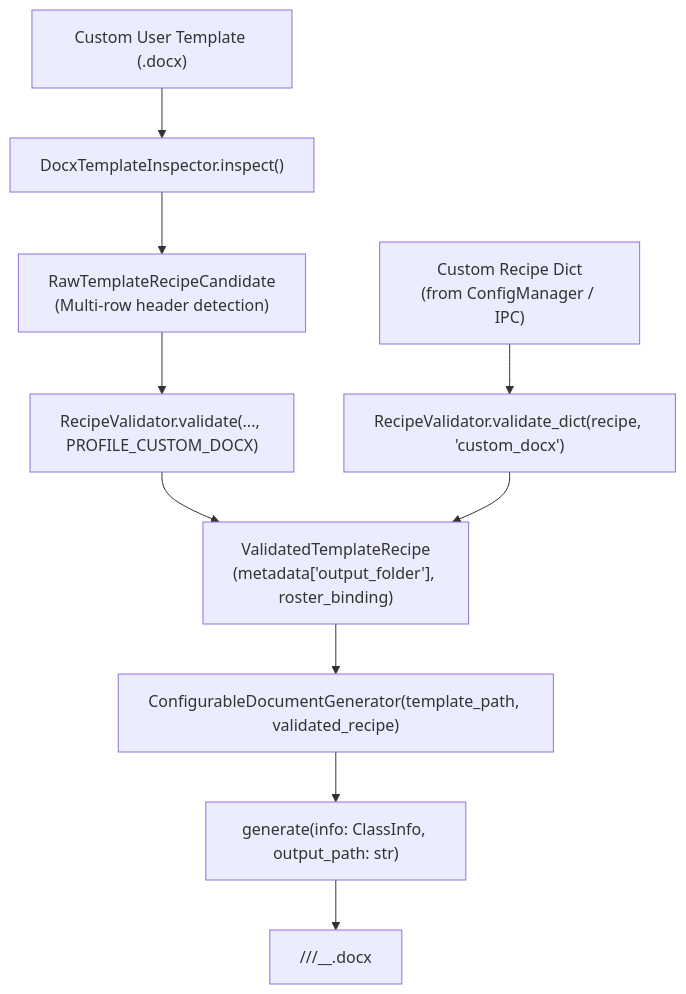
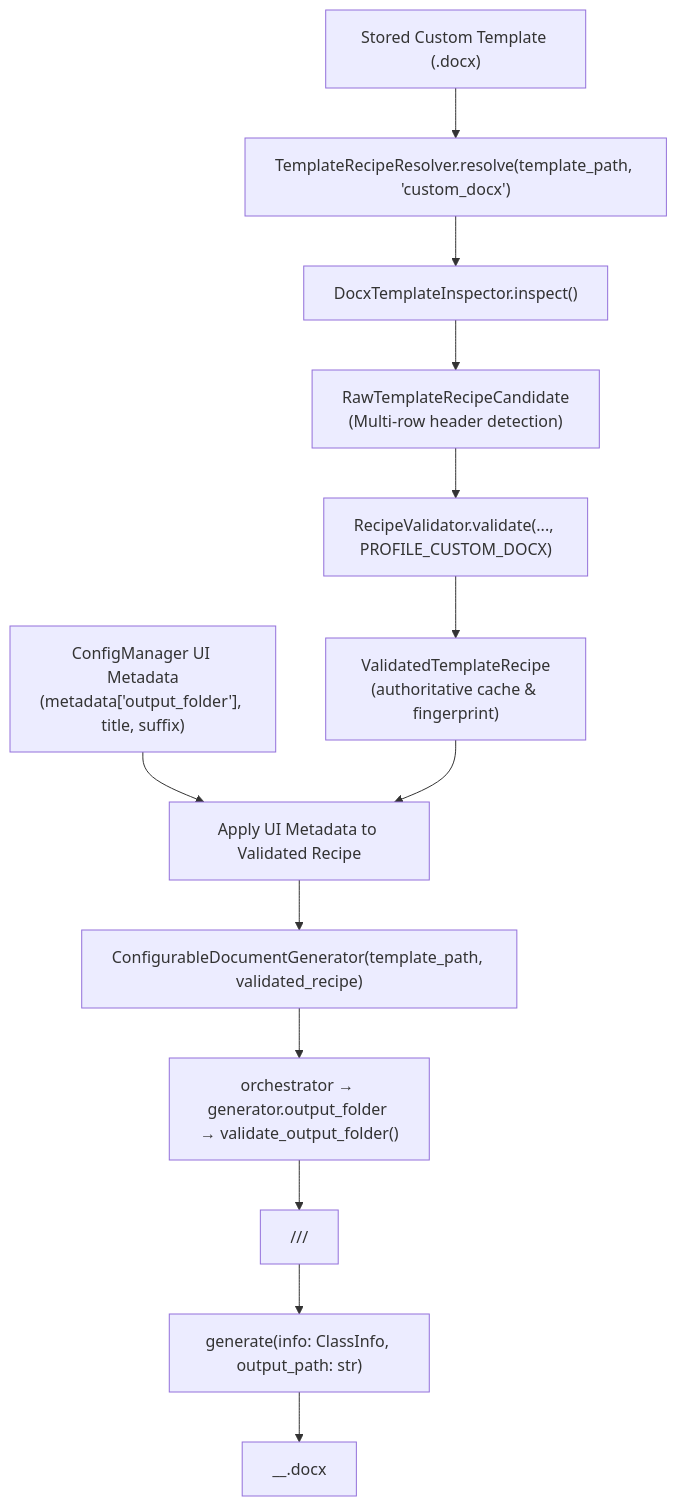
Before and after one commit to DrinkBoooz/cvsu-generator_documentation: the diagram in 02 - Generators/Generic Document Generator.md, drawn with Mermaid. The commit also changed other lines of this file, not shown here.

Commit message:
14: update generic document generator documentation for authoritative resolver and routing contract

````diff
--- a/02 - Generators/Generic Document Generator.md
+++ b/02 - Generators/Generic Document Generator.md
@@ -40,14 +40,15 @@
 ```mermaid
 graph TD
-    UserTpl["Custom User Template (.docx)"] --> Inspector["DocxTemplateInspector.inspect()"]
+    UserTpl["Stored Custom Template (.docx)"] --> Resolver["TemplateRecipeResolver.resolve(template_path, 'custom_docx')"]
+    Resolver --> Inspector["DocxTemplateInspector.inspect()"]
     Inspector --> Cand["RawTemplateRecipeCandidate<br>(Multi-row header detection)"]
     Cand --> Validator["RecipeValidator.validate(..., PROFILE_CUSTOM_DOCX)"]
-    Validator --> ValidRecipe["ValidatedTemplateRecipe<br>(metadata['output_folder'], roster_binding)"]
-
-    UserDict["Custom Recipe Dict<br>(from ConfigManager / IPC)"] --> ValDict["RecipeValidator.validate_dict(recipe, 'custom_docx')"]
-    ValDict --> ValidRecipe
-
-    ValidRecipe --> Gen["ConfigurableDocumentGenerator(template_path, validated_recipe)"]
-    Gen --> Exec["generate(info: ClassInfo, output_path: str)"]
-    Exec --> Out["<Output>/<Course_Sec>/<Target_Folder>/<Course_Sec>_<Sched>_<SUFFIX>.docx"]
+    Validator --> ValidRecipe["ValidatedTemplateRecipe<br>(authoritative cache & fingerprint)"]
+    ConfigMeta["ConfigManager UI Metadata<br>(metadata['output_folder'], title, suffix)"] --> ApplyMeta["Apply UI Metadata to Validated Recipe"]
+    ValidRecipe --> ApplyMeta
+    ApplyMeta --> Gen["ConfigurableDocumentGenerator(template_path, validated_recipe)"]
+    Gen --> Route["orchestrator → generator.output_folder → validate_output_folder()"]
+    Route --> TargetDir["<Output>/<Course_Sec>/<output_folder>/"]
+    TargetDir --> Exec["generate(info: ClassInfo, output_path: str)"]
+    Exec --> Out["<Course_Sec>_<Sched>_<SUFFIX>.docx"]
 ```
````
